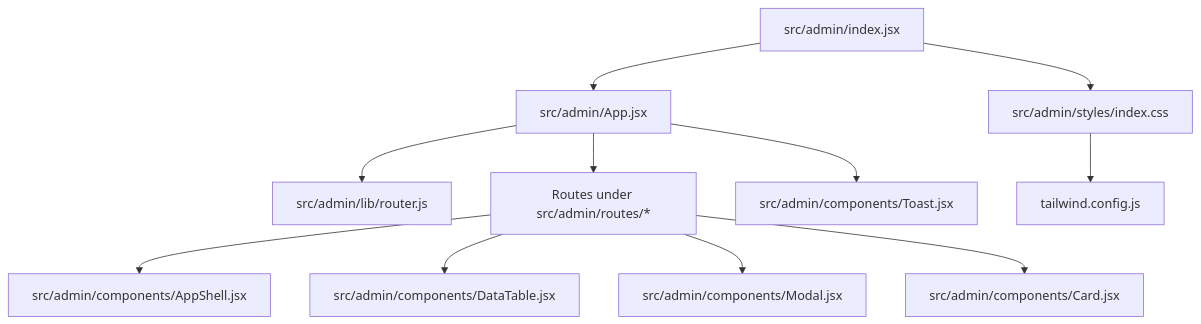
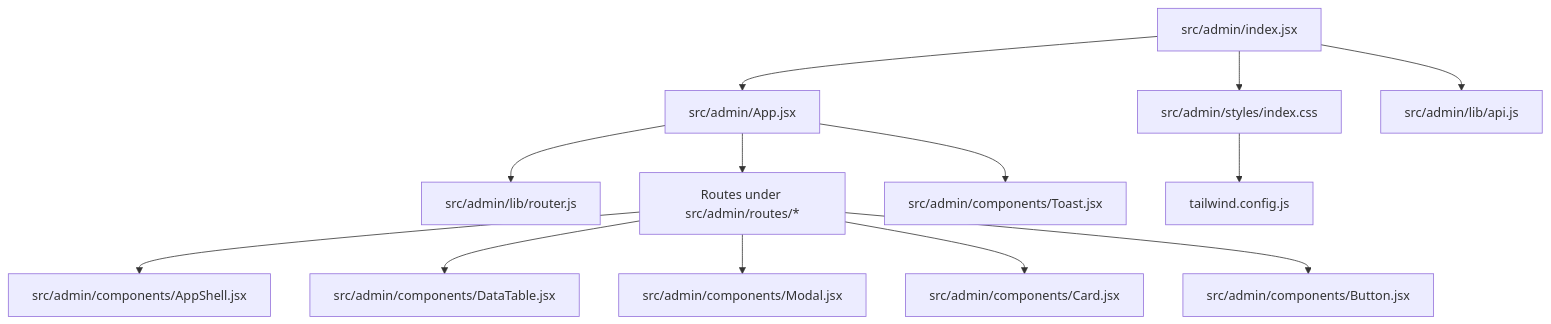
One commit to onedogsolutions/simple-stack changed the first of 3 diagrams in .qoder/repowiki/en/content/React Admin Interface/React Admin Interface.md. Above: the diagram before and after it, drawn with Mermaid. The commit also changed other lines of this file and 181 other files, not shown here.

````diff
--- a/.qoder/repowiki/en/content/React Admin Interface/React Admin Interface.md
+++ b/.qoder/repowiki/en/content/React Admin Interface/React Admin Interface.md
@@ -41,13 +54,15 @@
 ```mermaid
 graph TB
 Entry["src/admin/index.jsx"] --> Root["src/admin/App.jsx"]
 Root --> Router["src/admin/lib/router.js"]
 Root --> Routes["Routes under src/admin/routes/*"]
 Root --> ToastProvider["src/admin/components/Toast.jsx"]
 Routes --> Shell["src/admin/components/AppShell.jsx"]
 Routes --> DataTable["src/admin/components/DataTable.jsx"]
 Routes --> Modal["src/admin/components/Modal.jsx"]
 Routes --> Card["src/admin/components/Card.jsx"]
+Routes --> Button["src/admin/components/Button.jsx"]
 Entry --> Styles["src/admin/styles/index.css"]
 Styles --> TailwindConfig["tailwind.config.js"]
+Entry --> API["src/admin/lib/api.js"]
 ```
````
